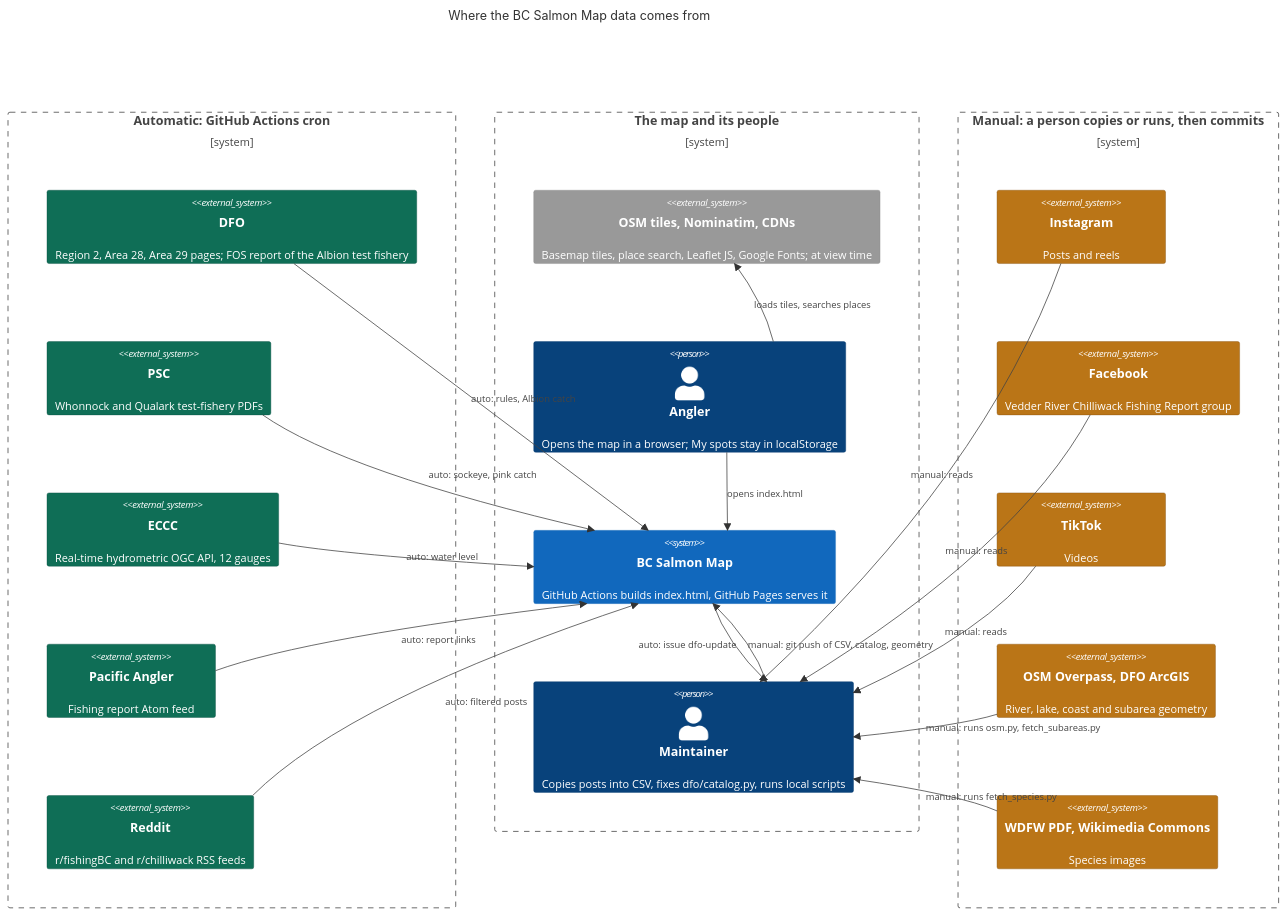
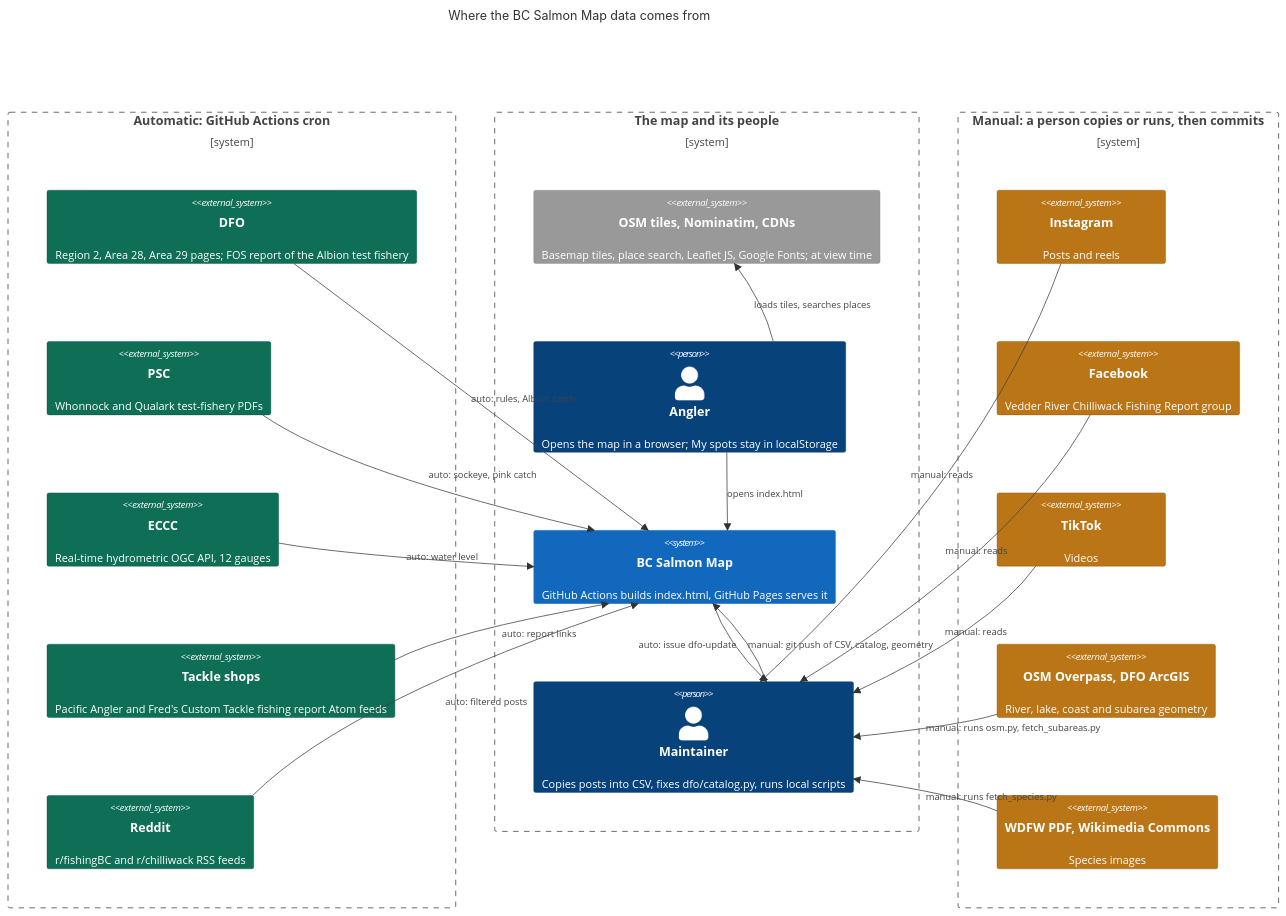
One commit to volkotyk/bc-salmon-map changed the first of 2 diagrams in docs/architecture.md. Above: the diagram before and after it, drawn with Mermaid. The commit also changed other lines of this file and 4 other files, not shown here.

First line of the commit message:
Add 14 angler reports, read Fred's Custom Tackle feed, fix Vedder and plural matching (#23)

````diff
--- a/docs/architecture.md
+++ b/docs/architecture.md
@@ -11,60 +11,60 @@
 ```mermaid
 C4Context
   title Where the BC Salmon Map data comes from
 
   Boundary(auto, "Automatic: GitHub Actions cron") {
     System_Ext(dfo, "DFO", "Region 2, Area 28, Area 29 pages; FOS report of the Albion test fishery")
     System_Ext(psc, "PSC", "Whonnock and Qualark test-fishery PDFs")
     System_Ext(eccc, "ECCC", "Real-time hydrometric OGC API, 12 gauges")
-    System_Ext(pa, "Pacific Angler", "Fishing report Atom feed")
+    System_Ext(pa, "Tackle shops", "Pacific Angler and Fred's Custom Tackle fishing report Atom feeds")
     System_Ext(reddit, "Reddit", "r/fishingBC and r/chilliwack RSS feeds")
   }
 
   Boundary(core, "The map and its people") {
     System_Ext(tiles, "OSM tiles, Nominatim, CDNs", "Basemap tiles, place search, Leaflet JS, Google Fonts; at view time")
     Person(angler, "Angler", "Opens the map in a browser; My spots stay in localStorage")
     System(map, "BC Salmon Map", "GitHub Actions builds index.html, GitHub Pages serves it")
     Person(maint, "Maintainer", "Copies posts into CSV, fixes dfo/catalog.py, runs local scripts")
   }
 
   Boundary(manual, "Manual: a person copies or runs, then commits") {
     System_Ext(ig, "Instagram", "Posts and reels")
     System_Ext(fb, "Facebook", "Vedder River Chilliwack Fishing Report group")
     System_Ext(tt, "TikTok", "Videos")
     System_Ext(geo, "OSM Overpass, DFO ArcGIS", "River, lake, coast and subarea geometry")
     System_Ext(photos, "WDFW PDF, Wikimedia Commons", "Species images")
   }
 
   Rel(dfo, map, "auto: rules, Albion catch")
   Rel(psc, map, "auto: sockeye, pink catch")
   Rel(eccc, map, "auto: water level")
   Rel(pa, map, "auto: report links")
   Rel(reddit, map, "auto: filtered posts")
 
   Rel(ig, maint, "manual: reads")
   Rel(fb, maint, "manual: reads")
   Rel(tt, maint, "manual: reads")
   Rel(geo, maint, "manual: runs osm.py, fetch_subareas.py")
   Rel(photos, maint, "manual: runs fetch_species.py")
 
   Rel(maint, map, "manual: git push of CSV, catalog, geometry")
   Rel(map, maint, "auto: issue dfo-update")
   Rel(angler, map, "opens index.html")
   Rel(angler, tiles, "loads tiles, searches places")
 
   UpdateRelStyle(maint, map, $offsetX="10")
   UpdateRelStyle(map, maint, $offsetX="-130")
 
   UpdateElementStyle(ig, $bgColor="#BA7517", $borderColor="#854F0B")
   UpdateElementStyle(fb, $bgColor="#BA7517", $borderColor="#854F0B")
   UpdateElementStyle(tt, $bgColor="#BA7517", $borderColor="#854F0B")
   UpdateElementStyle(geo, $bgColor="#BA7517", $borderColor="#854F0B")
   UpdateElementStyle(photos, $bgColor="#BA7517", $borderColor="#854F0B")
   UpdateElementStyle(dfo, $bgColor="#0F6E56", $borderColor="#085041")
   UpdateElementStyle(psc, $bgColor="#0F6E56", $borderColor="#085041")
   UpdateElementStyle(eccc, $bgColor="#0F6E56", $borderColor="#085041")
   UpdateElementStyle(pa, $bgColor="#0F6E56", $borderColor="#085041")
   UpdateElementStyle(reddit, $bgColor="#0F6E56", $borderColor="#085041")
 
   UpdateLayoutConfig($c4ShapeInRow="1", $c4BoundaryInRow="3")
 ```
````
